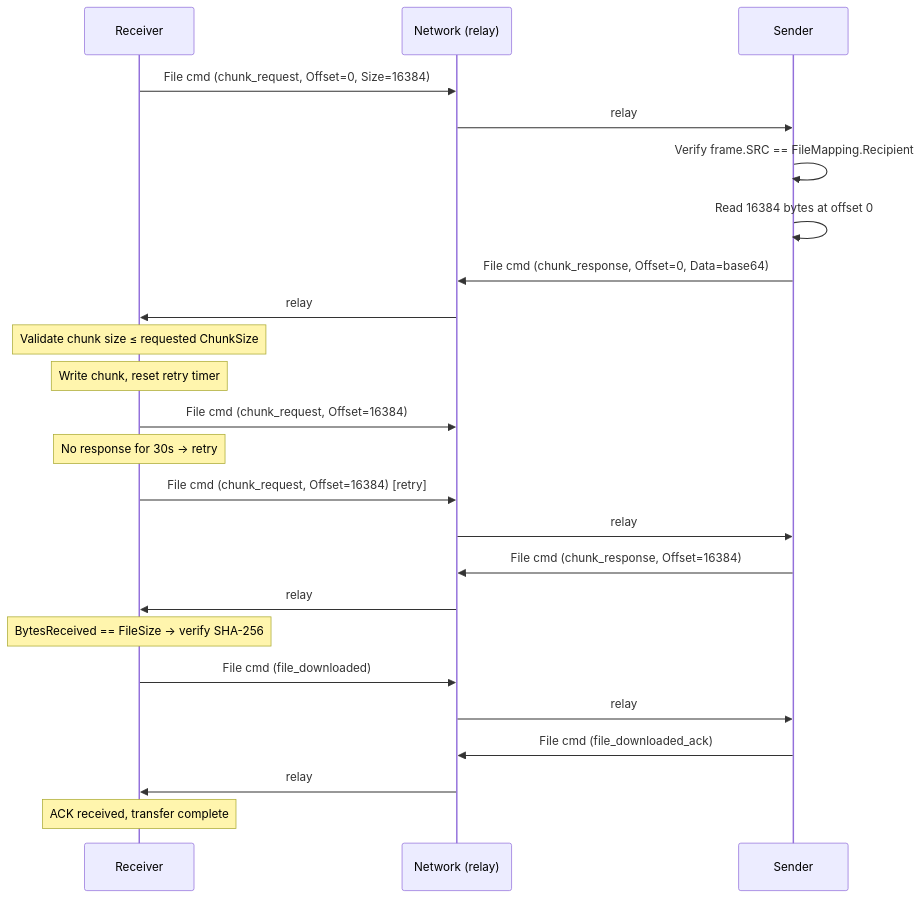
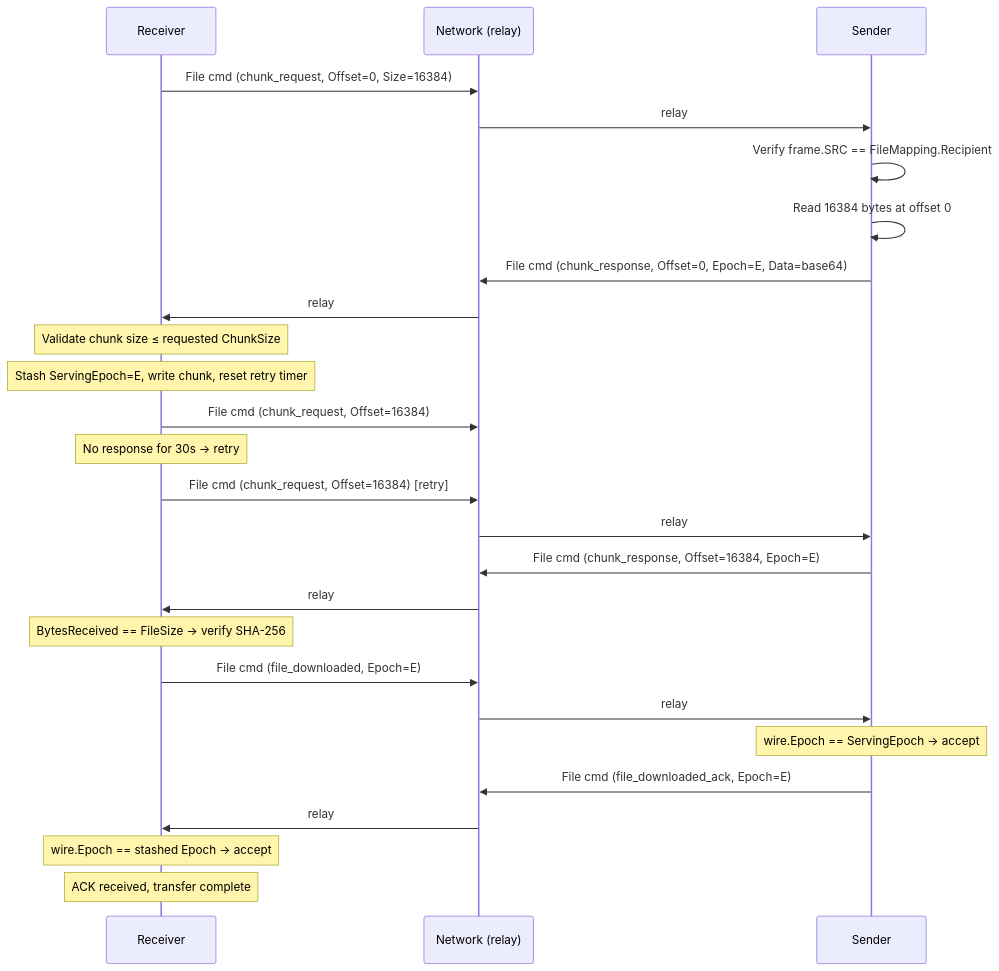
Before and after one commit to piratecash/corsa: the third of 14 diagrams in docs/protocol/file_transfer.md, drawn with Mermaid. The commit also changed other lines of this file and 17 other files, not shown here.

Commit message:
feat(file_transfer): serving-epoch replay defense, split-horizon relay, generation-safe verification — re-download integrity and stall-recovery hardening

````diff
--- a/docs/protocol/file_transfer.md
+++ b/docs/protocol/file_transfer.md
@@ -545,29 +591,31 @@
 ```mermaid
 sequenceDiagram
     participant R as Receiver
     participant N as Network (relay)
     participant S as Sender
 
     R->>N: File cmd (chunk_request, Offset=0, Size=16384)
     N->>S: relay
     S->>S: Verify frame.SRC == FileMapping.Recipient
     S->>S: Read 16384 bytes at offset 0
-    S->>N: File cmd (chunk_response, Offset=0, Data=base64)
+    S->>N: File cmd (chunk_response, Offset=0, Epoch=E, Data=base64)
     N->>R: relay
     Note over R: Validate chunk size ≤ requested ChunkSize
-    Note over R: Write chunk, reset retry timer
+    Note over R: Stash ServingEpoch=E, write chunk, reset retry timer
 
     R->>N: File cmd (chunk_request, Offset=16384)
     Note over R: No response for 30s → retry
     R->>N: File cmd (chunk_request, Offset=16384) [retry]
     N->>S: relay
-    S->>N: File cmd (chunk_response, Offset=16384)
+    S->>N: File cmd (chunk_response, Offset=16384, Epoch=E)
     N->>R: relay
 
     Note over R: BytesReceived == FileSize → verify SHA-256
-    R->>N: File cmd (file_downloaded)
+    R->>N: File cmd (file_downloaded, Epoch=E)
     N->>S: relay
-    S->>N: File cmd (file_downloaded_ack)
+    Note over S: wire.Epoch == ServingEpoch → accept
+    S->>N: File cmd (file_downloaded_ack, Epoch=E)
     N->>R: relay
+    Note over R: wire.Epoch == stashed Epoch → accept
     Note over R: ACK received, transfer complete
 ```
````
